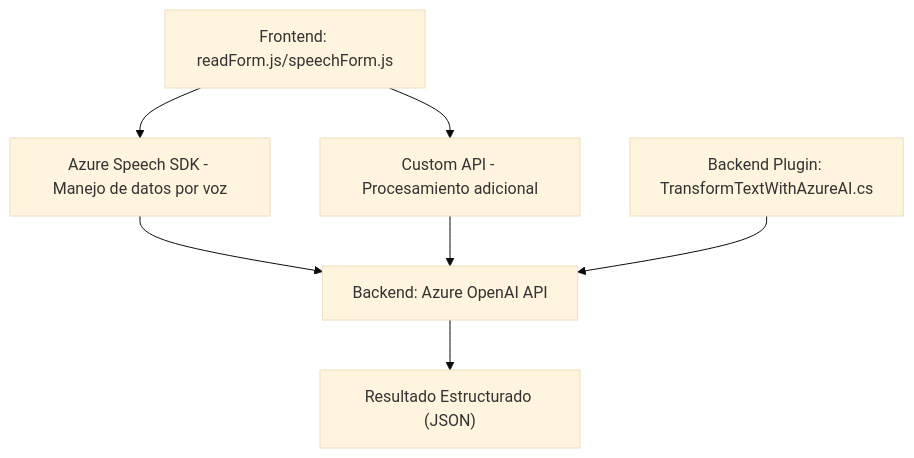
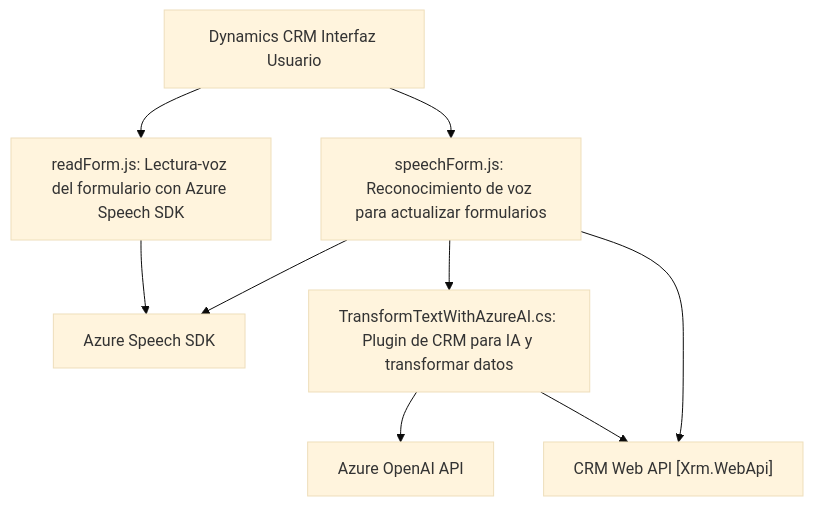
The diagram in README.md (blopezdm/NETCORE_BILBAO2025), drawn with Mermaid (base theme) before and after one commit. The commit also changed other lines of this file, not shown here.

Commit message:
Actualizar análisis global de la solución con IA

````diff
--- a/README.md
+++ b/README.md
@@ -57,9 +48,19 @@
 ```mermaid
 graph TD
-    A["Frontend: readForm.js/speechForm.js"] --> B["Azure Speech SDK - Manejo de datos por voz"]
-    A --> C["Custom API - Procesamiento adicional"]
-    B --> D["Backend: Azure OpenAI API"]
+    A["Dynamics CRM Interfaz Usuario"]
+    B["readForm.js: Lectura-voz del formulario con Azure Speech SDK"]
+    C["speechForm.js: Reconocimiento de voz para actualizar formularios"]
+    D["TransformTextWithAzureAI.cs: Plugin de CRM para IA y transformar datos"]
+    E["Azure Speech SDK"]
+    F["Azure OpenAI API"]
+    G["CRM Web API [Xrm.WebApi]"]
+    
+    A --> B
+    A --> C
+    C --> E
+    B --> E
     C --> D
-    E["Backend Plugin: TransformTextWithAzureAI.cs"] --> D
-    D --> F["Resultado Estructurado (JSON)"]
+    D --> F
+    C --> G
+    D --> G
 ```
````
